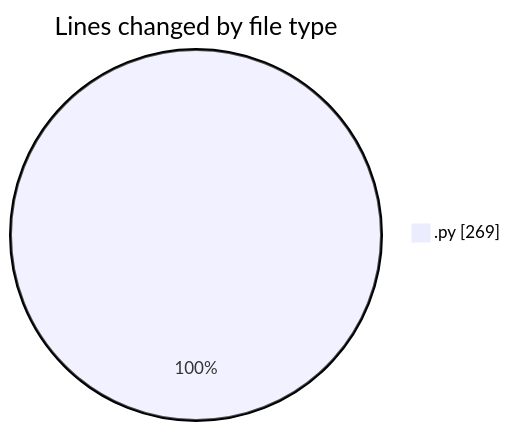
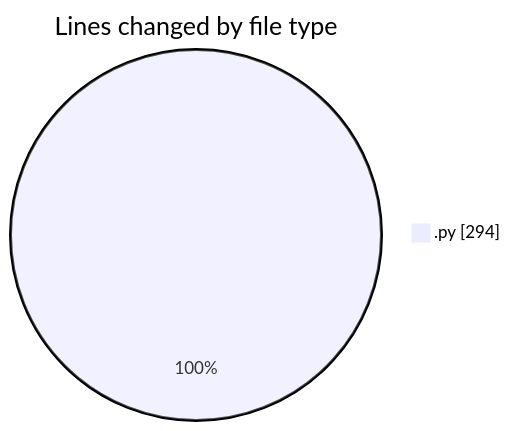
The first of 2 diagrams in 2025-10-22/eventscop-api-guide__workspace_/README.md (julien-gomy/code-tracking), drawn with Mermaid before and after one commit. The commit also changed other lines of this file and 1 other file, not shown here.

````diff
--- a/2025-10-22/eventscop-api-guide__workspace_/README.md
+++ b/2025-10-22/eventscop-api-guide__workspace_/README.md
@@ -24,5 +24,5 @@
 ```mermaid
 pie showData
 title Lines changed by file type
-".py" : 269
+".py" : 294
 ```
````
